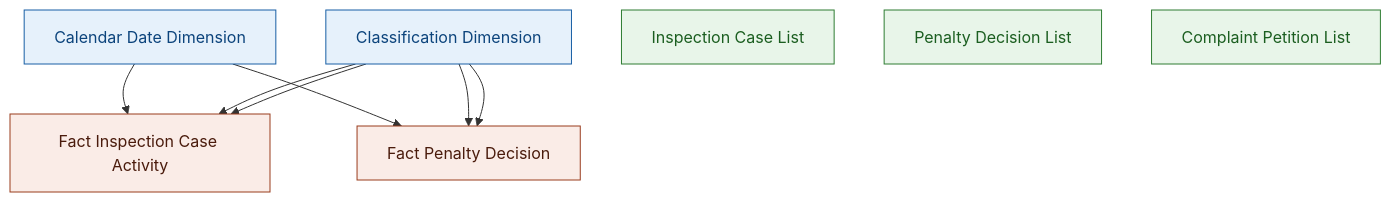
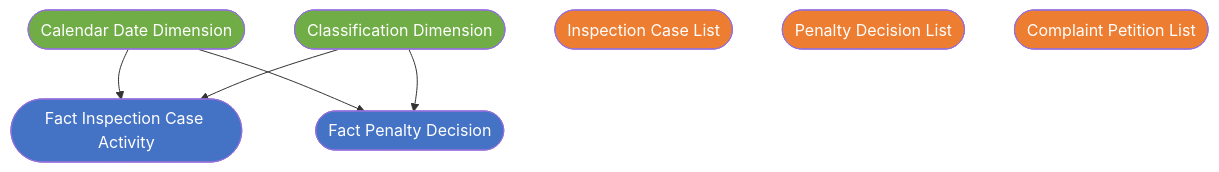
Diagram 25 of 25 in Datamart/hld/DTM_TT_HLD.md (linhlvit/ubck_atomic_design), drawn with Mermaid before and after one commit. The commit also changed other lines of this file and 2 other files, not shown here.

````diff
--- a/Datamart/hld/DTM_TT_HLD.md
+++ b/Datamart/hld/DTM_TT_HLD.md
@@ -1203,21 +1219,19 @@
 ```mermaid
 graph TB
-    classDef dim fill:#E6F1FB,stroke:#185FA5,color:#0C447C
-    classDef fact fill:#FAECE7,stroke:#993C1D,color:#4A1B0C
-    classDef oper fill:#E8F5E9,stroke:#2E7D32,color:#1B5E20
+    classDef fact fill:#4472C4,color:#fff
+    classDef dim fill:#70AD47,color:#fff
+    classDef operational fill:#ED7D31,color:#fff
 
-    DIM_DATE["Calendar Date Dimension"]:::dim
-    DIM_CLASS["Classification Dimension"]:::dim
-    FACT_INSP["Fact Inspection Case Activity"]:::fact
-    FACT_PEN["Fact Penalty Decision"]:::fact
-    OPR_LIST["Inspection Case List"]:::oper
-    OPR_PEN["Penalty Decision List"]:::oper
-    OPR_COMP["Complaint Petition List"]:::oper
+    DIM_DATE(["Calendar Date Dimension"]):::dim
+    DIM_CLASS(["Classification Dimension"]):::dim
+    FACT_INSP(["Fact Inspection Case Activity"]):::fact
+    FACT_PEN(["Fact Penalty Decision"]):::fact
+    OPR_LIST(["Inspection Case List"]):::operational
+    OPR_PEN(["Penalty Decision List"]):::operational
+    OPR_COMP(["Complaint Petition List"]):::operational
 
     DIM_DATE --> FACT_INSP
     DIM_CLASS --> FACT_INSP
-    DIM_CLASS --> FACT_INSP
     DIM_DATE --> FACT_PEN
     DIM_CLASS --> FACT_PEN
-    DIM_CLASS --> FACT_PEN
 ```
````
